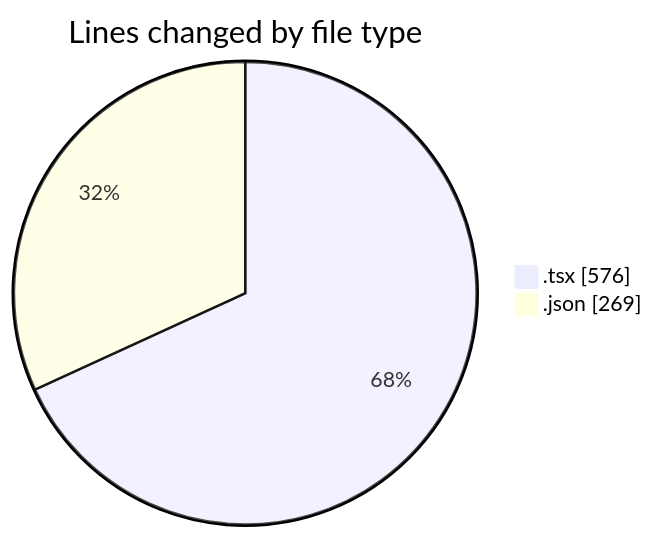
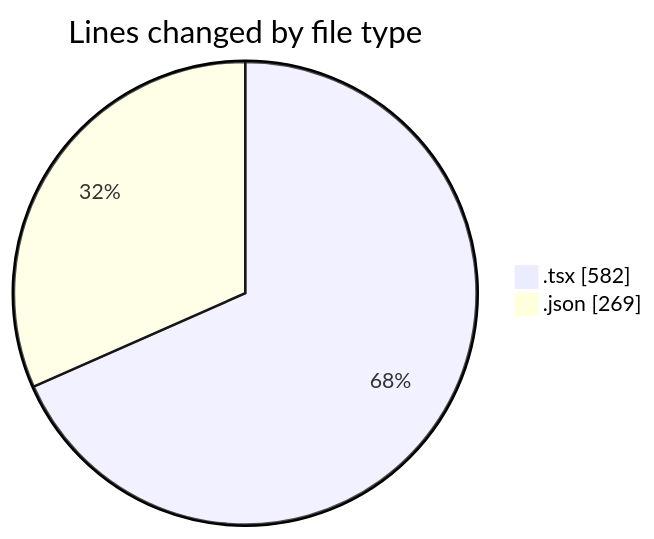
One commit to momahboobian/code-tracking changed the first of 2 diagrams in 2026-01-09/cda/README.md. Above: the diagram before and after it, drawn with Mermaid. The commit also changed other lines of this file and 1 other file, not shown here.

````diff
--- a/2026-01-09/cda/README.md
+++ b/2026-01-09/cda/README.md
@@ -23,6 +23,6 @@
 ```mermaid
 pie showData
 title Lines changed by file type
-".tsx" : 576
+".tsx" : 582
 ".json" : 269
 ```
````
